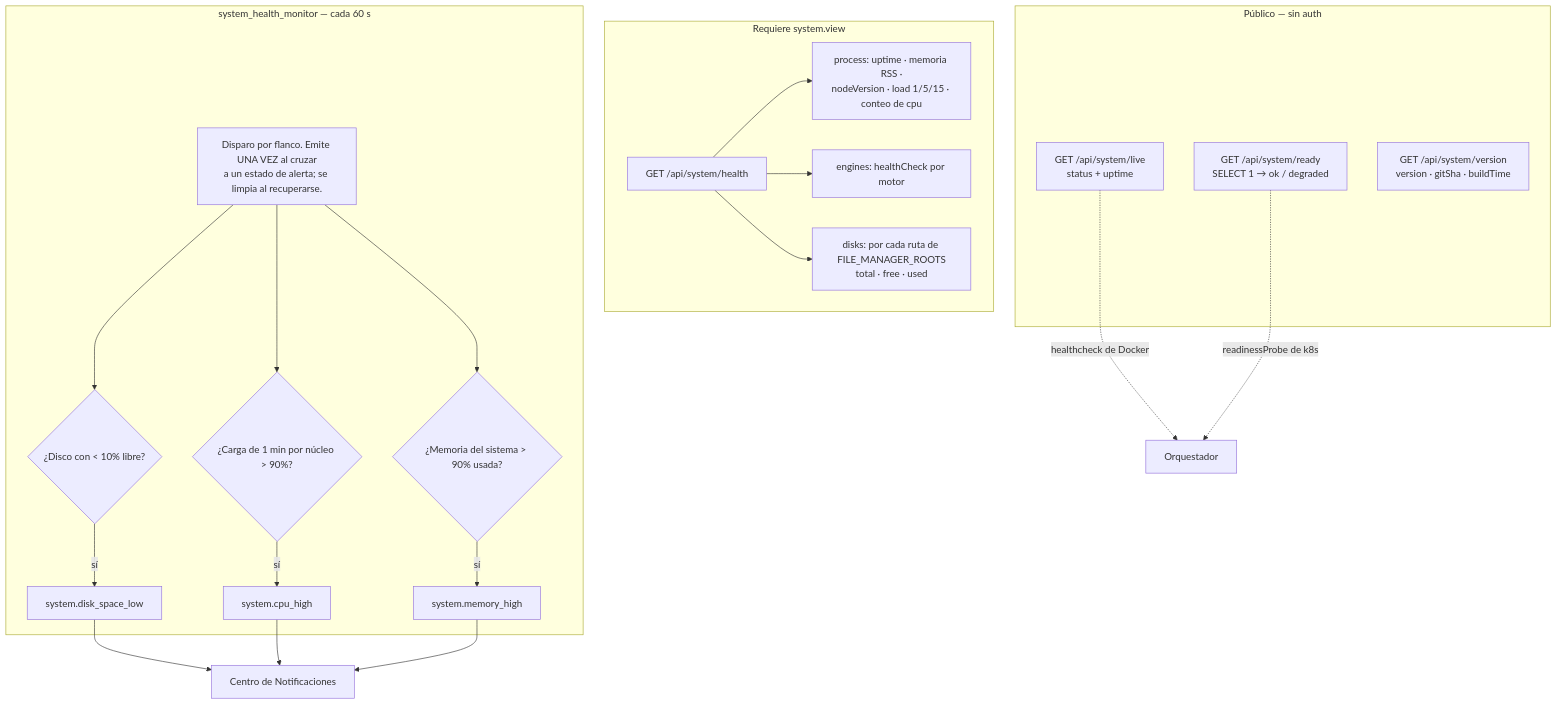
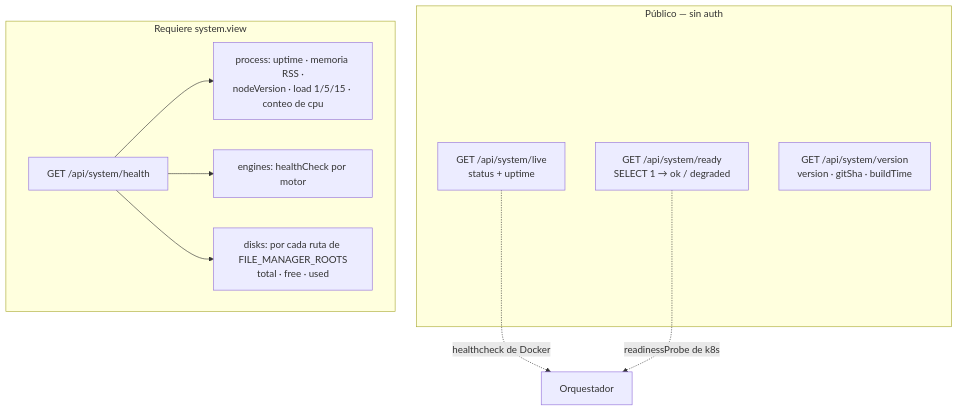
The diagram in website/i18n/es-PR/docusaurus-plugin-content-docs/current/modules/system.md (damirabal/ultratorrent-core), drawn with Mermaid before and after one commit. The commit also changed other lines of this file and 63 other files, not shown here.

````diff
--- a/website/i18n/es-PR/docusaurus-plugin-content-docs/current/modules/system.md
+++ b/website/i18n/es-PR/docusaurus-plugin-content-docs/current/modules/system.md
@@ -40,32 +40,18 @@
 ```mermaid
 flowchart TD
     subgraph Public["Público — sin auth"]
       L[GET /api/system/live<br/>status + uptime]
       R["GET /api/system/ready<br/>SELECT 1 → ok / degraded"]
       V[GET /api/system/version<br/>version · gitSha · buildTime]
     end
 
     subgraph Authed["Requiere system.view"]
       H[GET /api/system/health]
       H --> H1["process: uptime · memoria RSS ·<br/>nodeVersion · load 1/5/15 · conteo de cpu"]
       H --> H2["engines: healthCheck por motor"]
       H --> H3["disks: por cada ruta de FILE_MANAGER_ROOTS<br/>total · free · used"]
     end
 
-    subgraph Monitor["system_health_monitor — cada 60 s"]
-      M["Disparo por flanco. Emite UNA VEZ al cruzar<br/>a un estado de alerta; se limpia al recuperarse."]
-      M --> D{"¿Disco con &lt; 10% libre?"}
-      M --> C{"¿Carga de 1 min por núcleo &gt; 90%?"}
-      M --> ME{"¿Memoria del sistema &gt; 90% usada?"}
-      D -->|sí| E1[system.disk_space_low]
-      C -->|sí| E2[system.cpu_high]
-      ME -->|sí| E3[system.memory_high]
-    end
-
-    E1 --> NC[Centro de Notificaciones]
-    E2 --> NC
-    E3 --> NC
-
     L -.->|healthcheck de Docker| ORCH[Orquestador]
     R -.->|readinessProbe de k8s| ORCH
 ```
````
